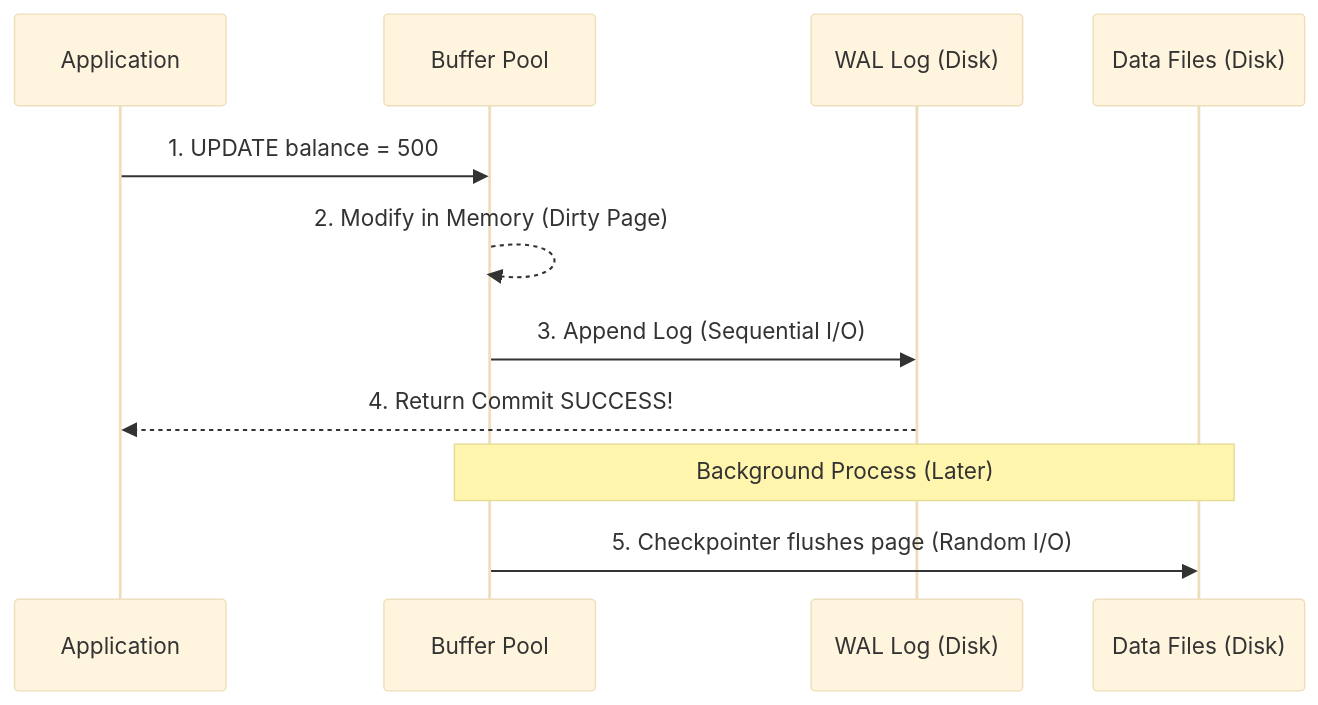
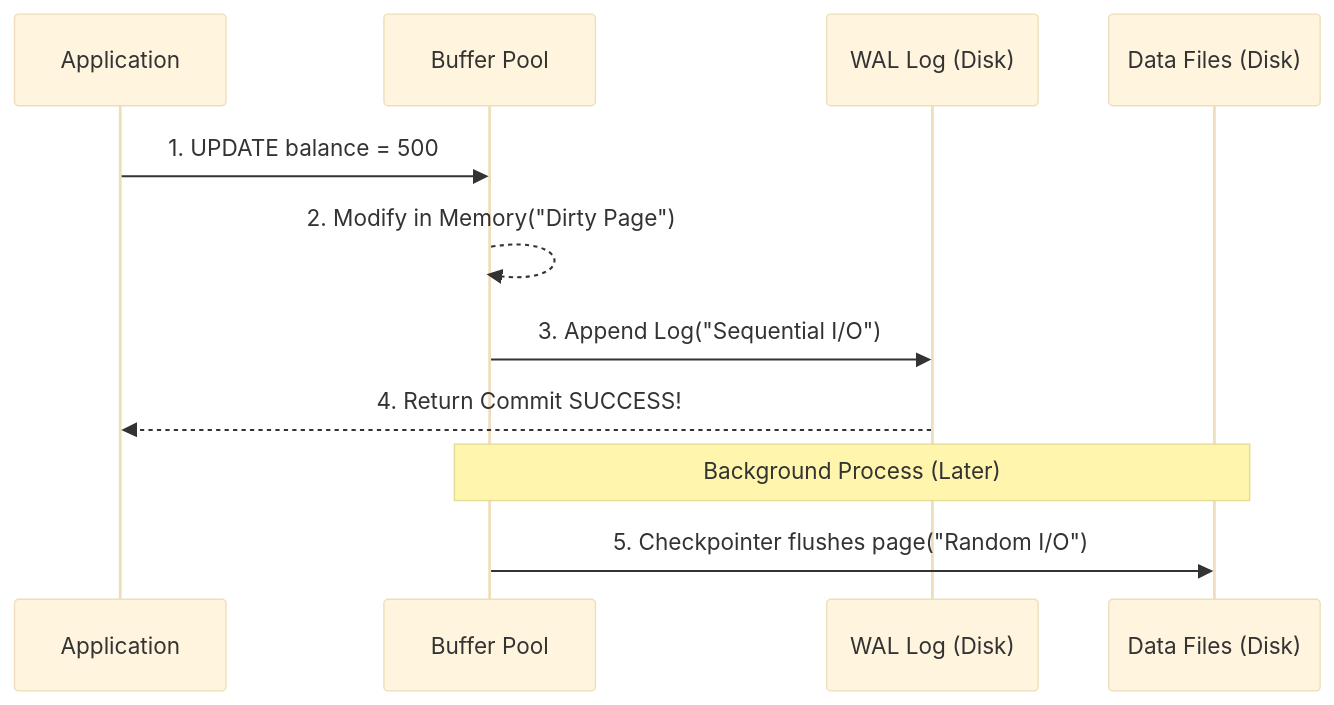
The second of 2 diagrams in src/content/docs/concepts/3-storage-engines-formats/oltp.md (kythuatdulieu/kythuatdulieu.github.io), drawn with Mermaid (base theme) before and after one commit. The commit also changed other lines of this file and 190 other files, not shown here.

Commit message:
fix: resolve mermaid syntax, math rendering, and metadata issues from content rewrite

````diff
--- a/src/content/docs/concepts/3-storage-engines-formats/oltp.md
+++ b/src/content/docs/concepts/3-storage-engines-formats/oltp.md
@@ -59,14 +59,14 @@
 ```mermaid
 sequenceDiagram
     participant App as Application
     participant RAM as Buffer Pool
     participant WAL as WAL Log (Disk)
     participant Disk as Data Files (Disk)
 
     App->>RAM: 1. UPDATE balance = 500
-    RAM-->>RAM: 2. Modify in Memory (Dirty Page)
-    RAM->>WAL: 3. Append Log (Sequential I/O)
+    RAM-->>RAM: 2. Modify in Memory("Dirty Page")
+    RAM->>WAL: 3. Append Log("Sequential I/O")
     WAL-->>App: 4. Return Commit SUCCESS!
     Note over RAM,Disk: Background Process (Later)
-    RAM->>Disk: 5. Checkpointer flushes page (Random I/O)
+    RAM->>Disk: 5. Checkpointer flushes page("Random I/O")
 ```
````
